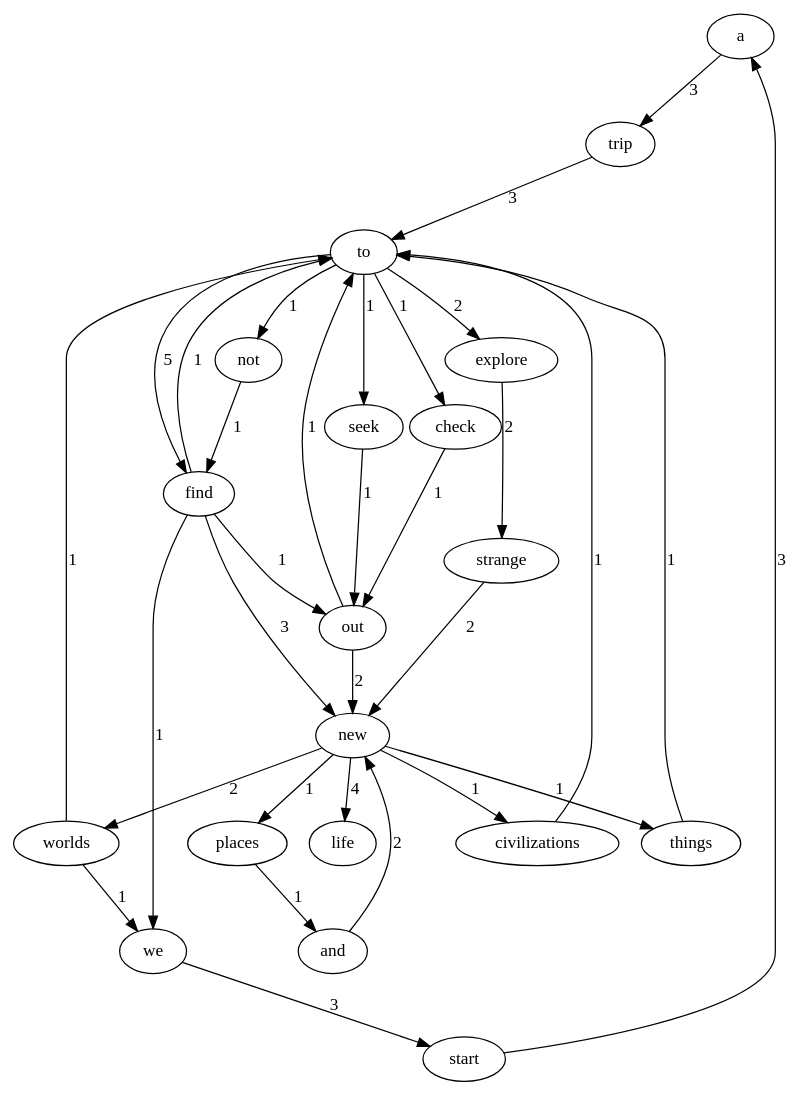
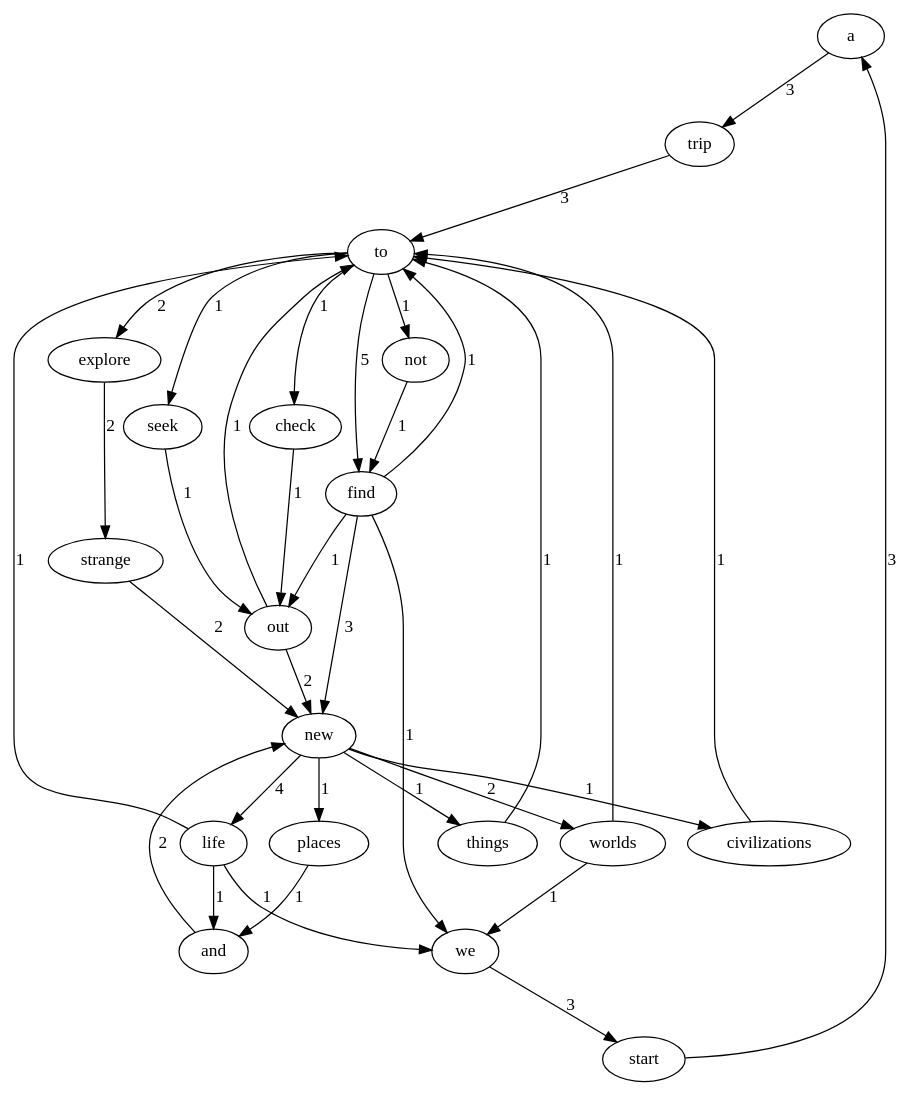
The diagram in graph.dot (Frihetyz/Lab1-2021110497), drawn with Graphviz before and after one commit. The commit also changed 30 other files, not shown here.

```diff
--- a/graph.dot
+++ b/graph.dot
@@ -1,33 +1,36 @@
 digraph G {
 	"a" -> "trip" [label="3"];
 	"seek" -> "out" [label="1"];
 	"worlds" -> "to" [label="1"];
 	"worlds" -> "we" [label="1"];
 	"check" -> "out" [label="1"];
 	"explore" -> "strange" [label="2"];
+	"life" -> "and" [label="1"];
+	"life" -> "to" [label="1"];
+	"life" -> "we" [label="1"];
 	"strange" -> "new" [label="2"];
 	"start" -> "a" [label="3"];
 	"out" -> "new" [label="2"];
 	"out" -> "to" [label="1"];
 	"we" -> "start" [label="3"];
 	"trip" -> "to" [label="3"];
 	"not" -> "find" [label="1"];
 	"places" -> "and" [label="1"];
 	"find" -> "out" [label="1"];
 	"find" -> "we" [label="1"];
 	"find" -> "new" [label="3"];
 	"find" -> "to" [label="1"];
 	"and" -> "new" [label="2"];
 	"things" -> "to" [label="1"];
 	"to" -> "explore" [label="2"];
 	"to" -> "seek" [label="1"];
 	"to" -> "find" [label="5"];
 	"to" -> "not" [label="1"];
 	"to" -> "check" [label="1"];
 	"new" -> "worlds" [label="2"];
 	"new" -> "life" [label="4"];
 	"new" -> "civilizations" [label="1"];
 	"new" -> "places" [label="1"];
 	"new" -> "things" [label="1"];
 	"civilizations" -> "to" [label="1"];
 }
```
